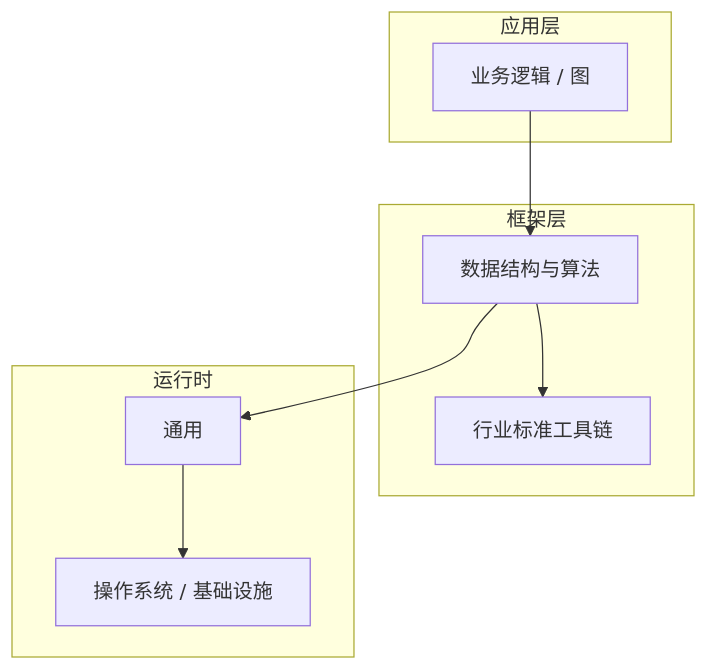
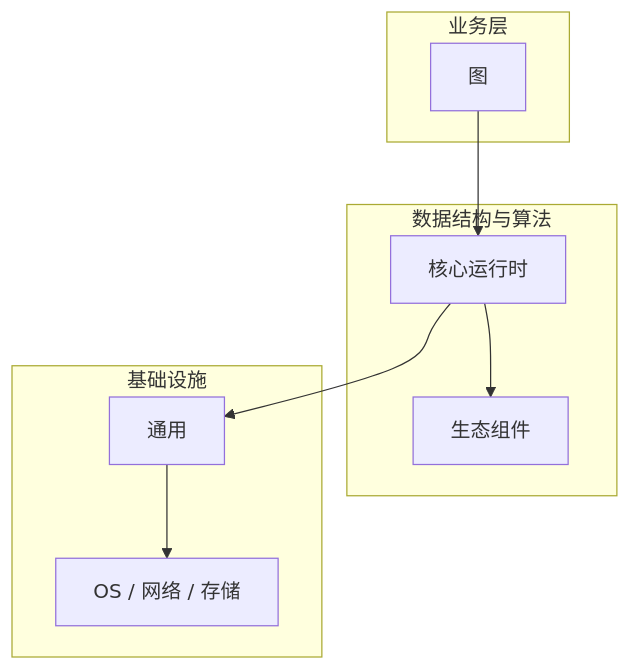
The diagram in articles/数据结构与算法/chapters/097-图核心概念与原理.md (yanggan2015/knowledge-json-v2), drawn with Mermaid before and after one commit. The commit also changed other lines of this file and 10127 other files, not shown here.

````diff
--- a/articles/数据结构与算法/chapters/097-图核心概念与原理.md
+++ b/articles/数据结构与算法/chapters/097-图核心概念与原理.md
@@ -45,18 +30,18 @@
 ```mermaid
 graph TB
-    subgraph 应用层
-        A[业务逻辑 / 图]
+    subgraph 业务层
+        A[图]
     end
-    subgraph 框架层
-        B[数据结构与算法]
-        C[行业标准工具链]
+    subgraph 数据结构与算法
+        B[核心运行时]
+        C[生态组件]
     end
-    subgraph 运行时
+    subgraph 基础设施
         D[通用]
-        E[操作系统 / 基础设施]
+        E[OS / 网络 / 存储]
     end
     A --> B
     B --> C
     B --> D
     D --> E
 ```
````
